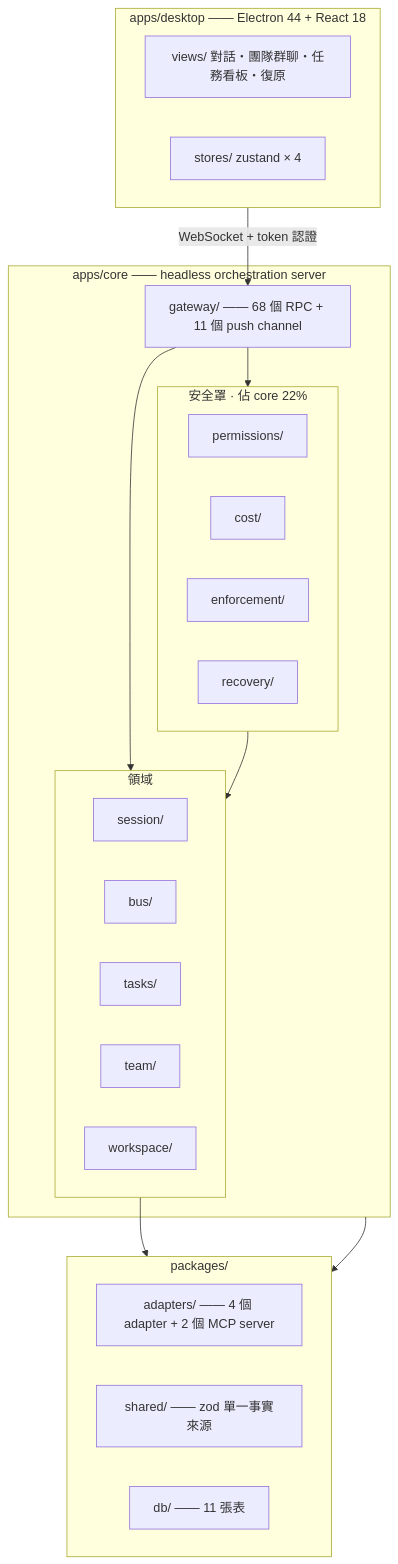
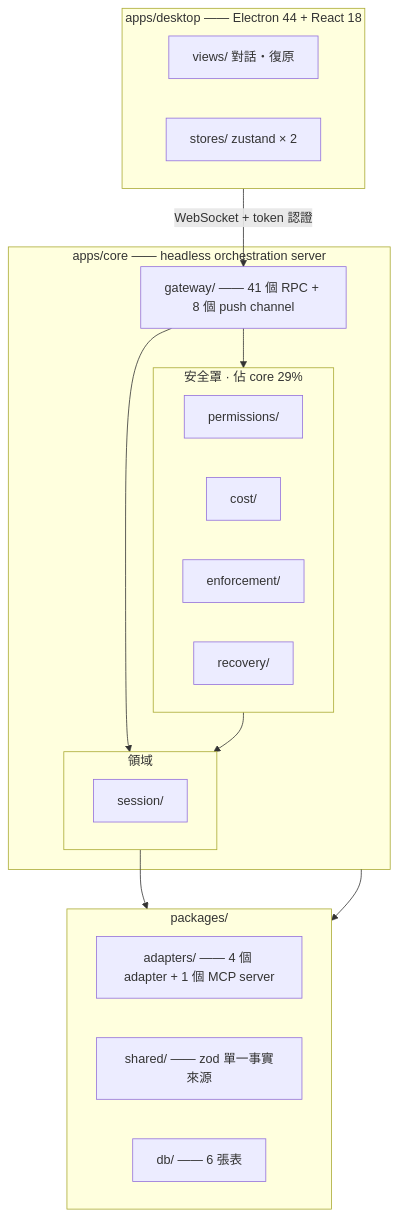
One commit to xing-101729/deskmony changed the second of 2 diagrams in README.zh-Hant.md. Above: the diagram before and after it, drawn with Mermaid. The commit also changed other lines of this file and 145 other files, not shown here.

````diff
--- a/README.zh-Hant.md
+++ b/README.zh-Hant.md
@@ -113,41 +106,37 @@
 ```mermaid
 flowchart TB
     subgraph SHELL["apps/desktop —— Electron 44 + React 18"]
         direction LR
-        Views["views/ 對話・團隊群聊・任務看板・復原"]
-        Stores["stores/ zustand × 4"]
+        Views["views/ 對話・復原"]
+        Stores["stores/ zustand × 2"]
     end
 
     subgraph CORE["apps/core —— headless orchestration server"]
-        GW["gateway/ —— 68 個 RPC + 11 個 push channel"]
+        GW["gateway/ —— 41 個 RPC + 8 個 push channel"]
         subgraph DOMAIN["領域"]
             direction LR
             Sess["session/"]
-            Bus["bus/"]
-            Task["tasks/"]
-            Team["team/"]
-            Work["workspace/"]
         end
-        subgraph SHIELD["安全罩 · 佔 core 22%"]
+        subgraph SHIELD["安全罩 · 佔 core 29%"]
             direction LR
             Perm["permissions/"]
             Cost["cost/"]
             Enf["enforcement/"]
             Rec["recovery/"]
         end
     end
 
     subgraph PKG["packages/"]
         direction LR
-        Adapters["adapters/ —— 4 個 adapter + 2 個 MCP server"]
+        Adapters["adapters/ —— 4 個 adapter + 1 個 MCP server"]
         Shared["shared/ —— zod 單一事實來源"]
-        Db["db/ —— 11 張表"]
+        Db["db/ —— 6 張表"]
     end
 
     SHELL -- "WebSocket + token 認證" --> GW
     GW --> DOMAIN
     GW --> SHIELD
     SHIELD --> DOMAIN
     DOMAIN --> Adapters
     CORE --> Db
 ```
````
